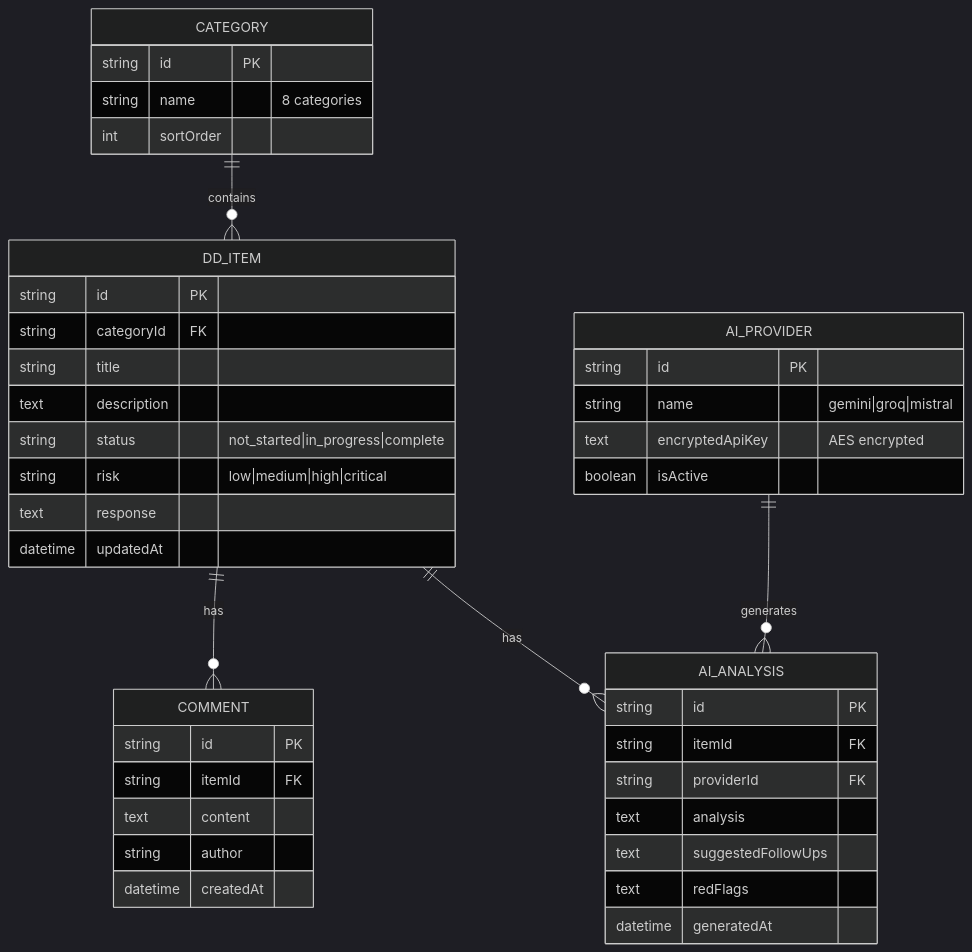
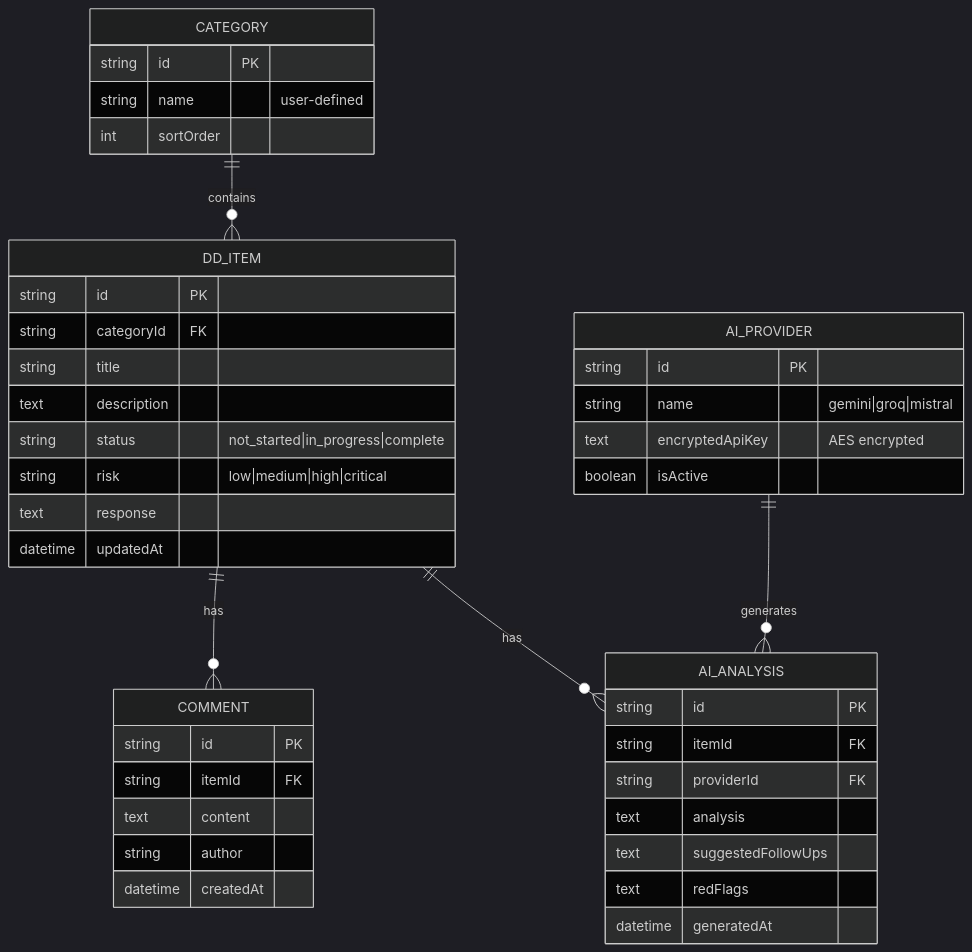
One commit to maheshmirchandani/AI-Projects-Portfolio changed the fifth of 5 diagrams in claritas/architecture.md. Above: the diagram before and after it, drawn with Mermaid (dark theme). The commit also changed other lines of this file and 2 other files, not shown here.

````diff
--- a/claritas/architecture.md
+++ b/claritas/architecture.md
@@ -129,49 +129,49 @@
 ```mermaid
 erDiagram
     CATEGORY ||--o{ DD_ITEM : contains
     DD_ITEM ||--o{ COMMENT : has
     DD_ITEM ||--o{ AI_ANALYSIS : has
     AI_PROVIDER ||--o{ AI_ANALYSIS : generates
 
     CATEGORY {
         string id PK
-        string name "8 categories"
+        string name "user-defined"
         int sortOrder
     }
 
     DD_ITEM {
         string id PK
         string categoryId FK
         string title
         text description
         string status "not_started|in_progress|complete"
         string risk "low|medium|high|critical"
         text response
         datetime updatedAt
     }
 
     COMMENT {
         string id PK
         string itemId FK
         text content
         string author
         datetime createdAt
     }
 
     AI_ANALYSIS {
         string id PK
         string itemId FK
         string providerId FK
         text analysis
         text suggestedFollowUps
         text redFlags
         datetime generatedAt
     }
 
     AI_PROVIDER {
         string id PK
         string name "gemini|groq|mistral"
         text encryptedApiKey "AES encrypted"
         boolean isActive
     }
 ```
````
